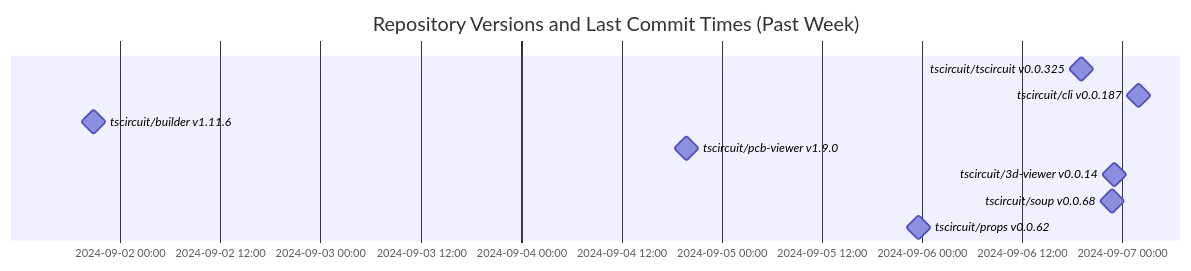
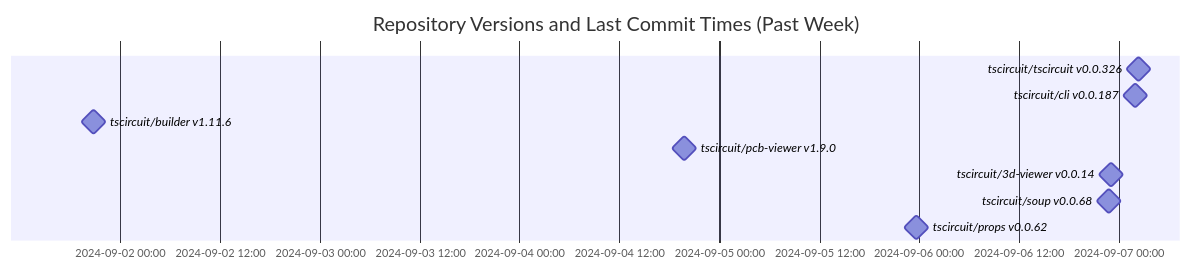
The diagram in README.md (tscircuit/version-tracker), drawn with Mermaid before and after one commit.

Commit message:
Update chart

````diff
--- a/README.md
+++ b/README.md
@@ -1,14 +1,14 @@
 ```mermaid
 gantt
   dateFormat  YYYY-MM-DD HH:mm:ss
   title Repository Versions and Last Commit Times (Past Week)
   axisFormat %Y-%m-%d %H:%M
 
-  tscircuit/tscircuit v0.0.325 : milestone, 2024-09-06 19:08:26, 1s
+  tscircuit/tscircuit v0.0.326 : milestone, 2024-09-07 02:23:49, 1s
   tscircuit/cli v0.0.187 : milestone, 2024-09-07 01:57:59, 1s
   tscircuit/builder v1.11.6 : milestone, 2024-09-01 20:47:46, 1s
   tscircuit/pcb-viewer v1.9.0 : milestone, 2024-09-04 19:45:38, 1s
   tscircuit/3d-viewer v0.0.14 : milestone, 2024-09-06 23:07:26, 1s
   tscircuit/soup v0.0.68 : milestone, 2024-09-06 22:51:33, 1s
   tscircuit/props v0.0.62 : milestone, 2024-09-05 23:38:33, 1s
 ```
````
